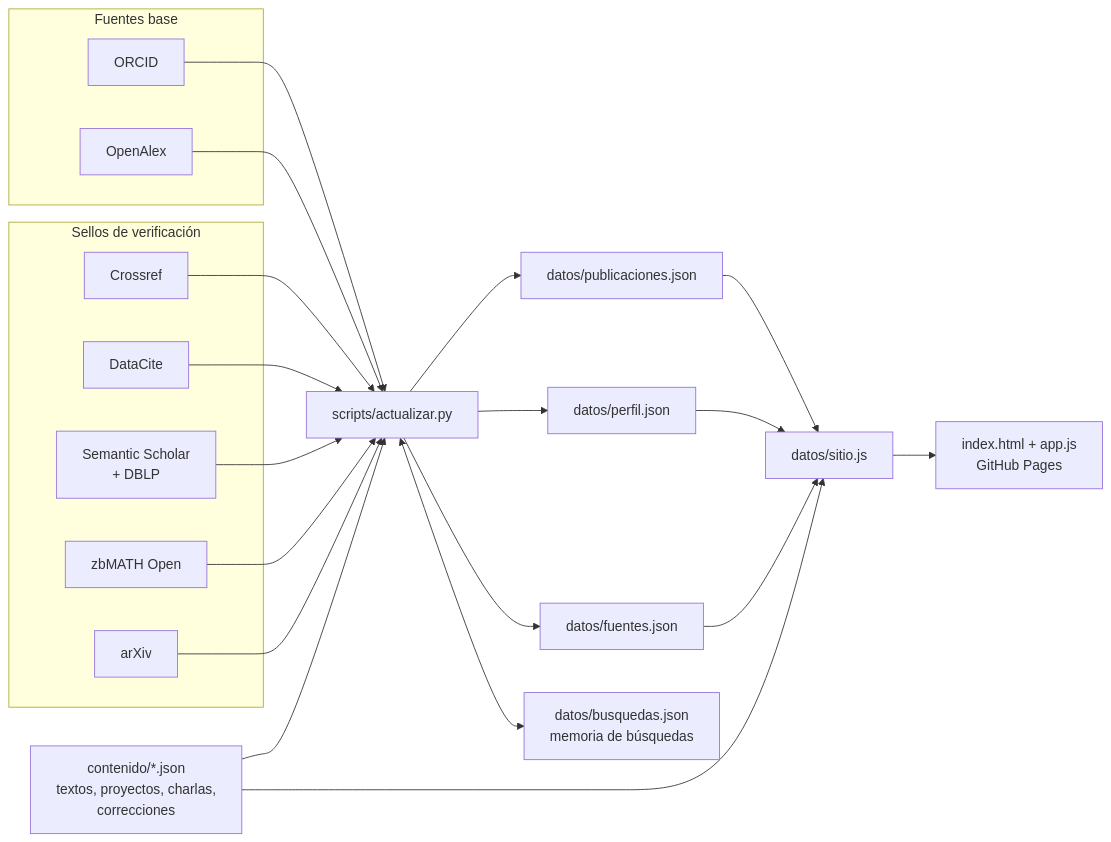
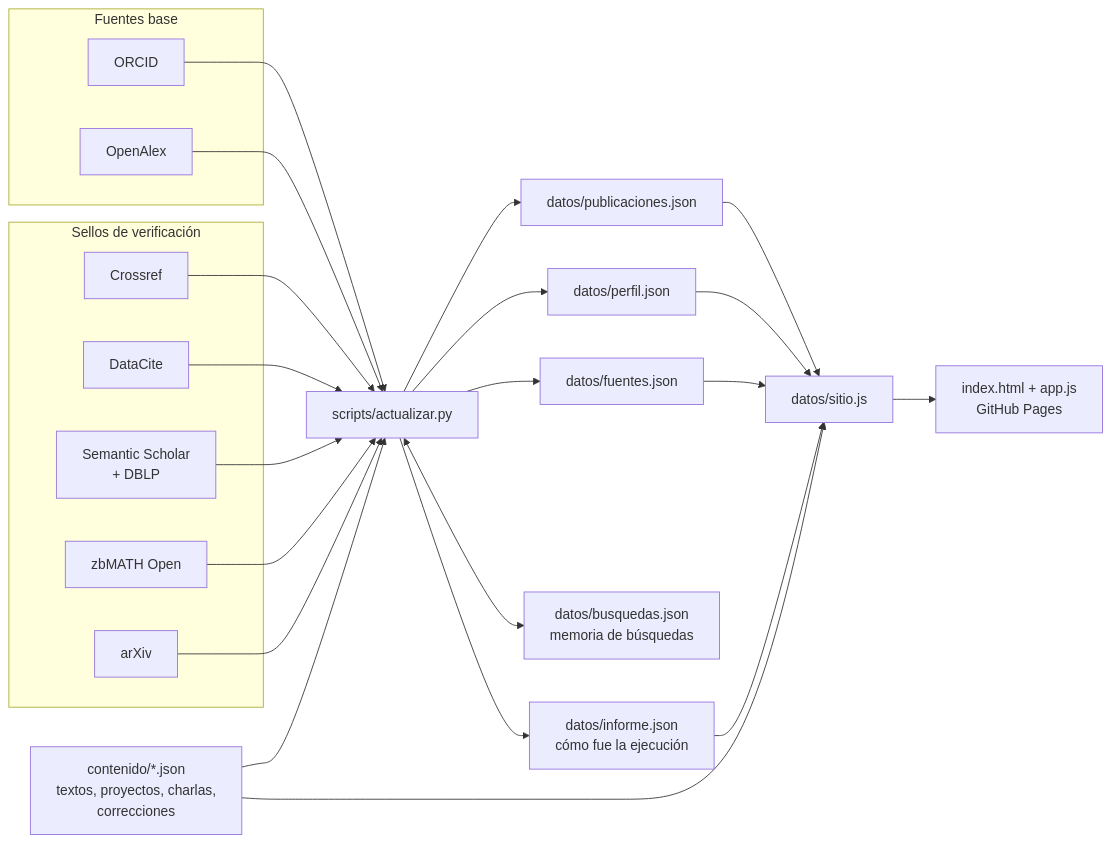
Before and after one commit to pagina06-dotcom/pagina06-dotcom.github.io: the diagram in docs/tecnico/modelo-de-datos.md, drawn with Mermaid. The commit also changed other lines of this file and 1 other file, not shown here.

First line of the commit message:
feat: el recolector deja un informe de cada ejecución con pasos, tiempos, consultas por fuente, uso de la memoria y qué cambió desde la anterior

````diff
--- a/docs/tecnico/modelo-de-datos.md
+++ b/docs/tecnico/modelo-de-datos.md
@@ -20,31 +20,33 @@
 ```mermaid
 flowchart LR
     subgraph Fuentes base
         ORCID[ORCID]
         OA[OpenAlex]
     end
     subgraph Sellos de verificación
         CR[Crossref]
         DC[DataCite]
         S2[Semantic Scholar<br/>+ DBLP]
         ZB[zbMATH Open]
         AX[arXiv]
     end
     ORCID --> R[scripts/actualizar.py]
     OA --> R
     CR --> R
     DC --> R
     S2 --> R
     ZB --> R
     AX --> R
     C[contenido/*.json<br/>textos, proyectos, charlas,<br/>correcciones] --> R
     R --> P[datos/publicaciones.json]
     R --> PF[datos/perfil.json]
     R --> F[datos/fuentes.json]
     P --> SJ[datos/sitio.js]
     PF --> SJ
     F --> SJ
     R <--> BM[datos/busquedas.json<br/>memoria de búsquedas]
+    R --> IN[datos/informe.json<br/>cómo fue la ejecución]
+    IN --> SJ
     C --> SJ
     SJ --> W[index.html + app.js<br/>GitHub Pages]
 ```
````
